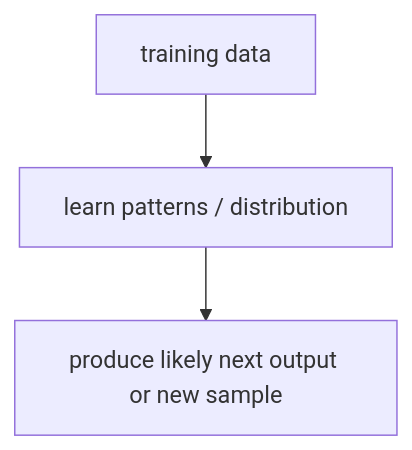
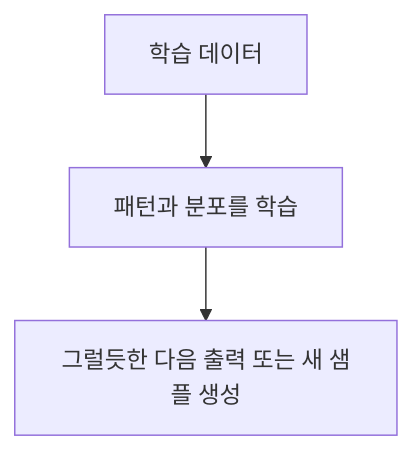
The diagram in docs/assets/part-05/chapter-15/generative-model-flow-ko.mmd (devchan64/AiBook), drawn with Mermaid before and after one commit. The commit also changed 105 other files, not shown here.

```diff
--- a/docs/assets/part-05/chapter-15/generative-model-flow-ko.mmd
+++ b/docs/assets/part-05/chapter-15/generative-model-flow-ko.mmd
@@ -1,7 +1,7 @@
 flowchart TD
-  A["training data"]
-  B["learn patterns / distribution"]
-  C["produce likely next output or new sample"]
+  A["학습 데이터"]
+  B["패턴과 분포를 학습"]
+  C["그럴듯한 다음 출력 또는 새 샘플 생성"]
 
   A --> B
   B --> C
```
